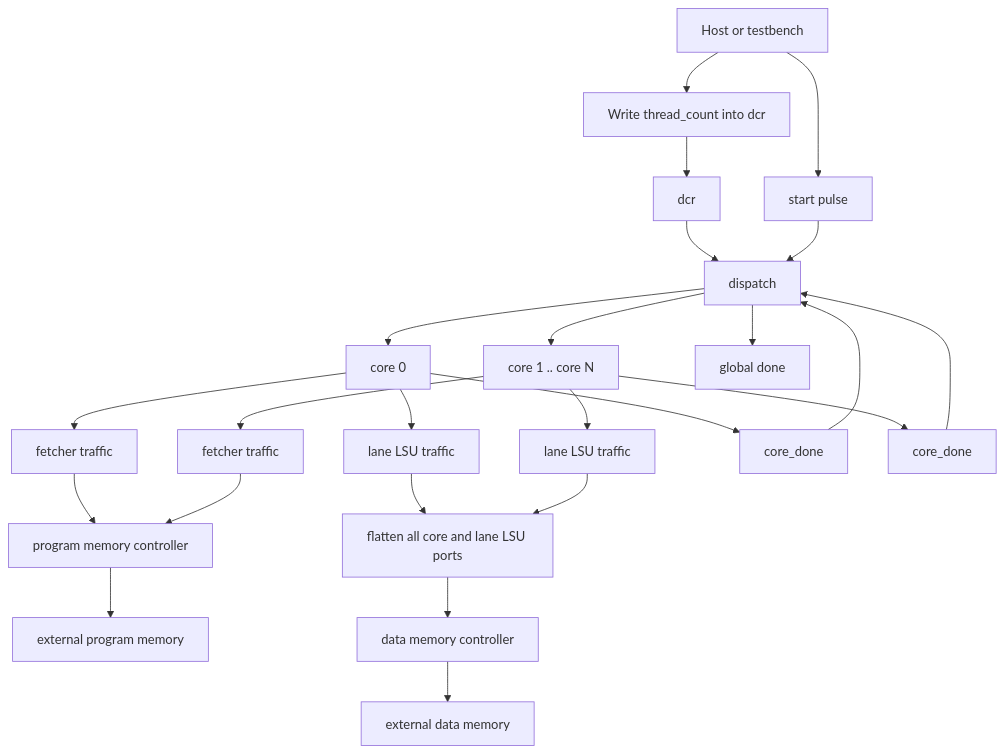
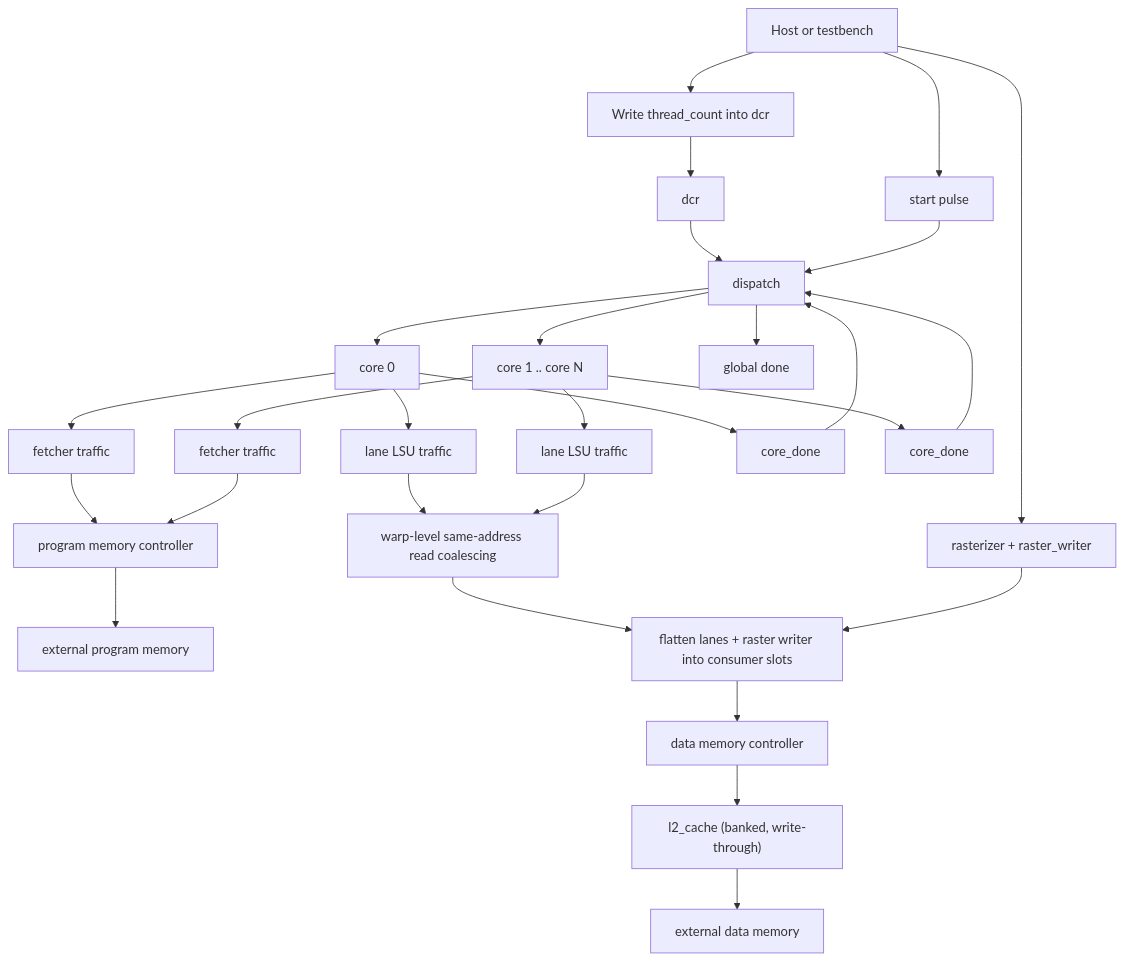
One commit to piyushptiwari1/OpenSource-GPU-Architecture changed the diagram in docs/modules/gpu.md. Above: the diagram before and after it, drawn with Mermaid. The commit also changed other lines of this file and 4 other files, not shown here.

First line of the commit message:
docs: bring module and report docs in line with the final architecture

````diff
--- a/docs/modules/gpu.md
+++ b/docs/modules/gpu.md
@@ -56,29 +62,33 @@
 ```mermaid
 flowchart TD
     HOST["Host or testbench"] --> CFG["Write thread_count into dcr"]
     CFG --> DCR["dcr"]
     HOST --> START["start pulse"]
 
     DCR --> DISP["dispatch"]
     START --> DISP
     DISP --> CORE0["core 0"]
     DISP --> CORE1["core 1 .. core N"]
     CORE0 --> FE0["fetcher traffic"]
     CORE1 --> FE1["fetcher traffic"]
     FE0 --> PMCTRL["program memory controller"]
     FE1 --> PMCTRL
     PMCTRL --> PMEM["external program memory"]
 
     CORE0 --> LSU0["lane LSU traffic"]
     CORE1 --> LSU1["lane LSU traffic"]
-    LSU0 --> FLAT["flatten all core and lane LSU ports"]
-    LSU1 --> FLAT
+    LSU0 --> COAL["warp-level same-address read coalescing"]
+    LSU1 --> COAL
+    COAL --> FLAT["flatten lanes + raster writer into consumer slots"]
+    RAST["rasterizer + raster_writer"] --> FLAT
+    HOST --> RAST
     FLAT --> DMCTRL["data memory controller"]
-    DMCTRL --> DMEM["external data memory"]
+    DMCTRL --> L2["l2_cache (banked, write-through)"]
+    L2 --> DMEM["external data memory"]
 
     CORE0 --> DONE0["core_done"]
     CORE1 --> DONE1["core_done"]
     DONE0 --> DISP
     DONE1 --> DISP
     DISP --> DONE["global done"]
 ```
````
